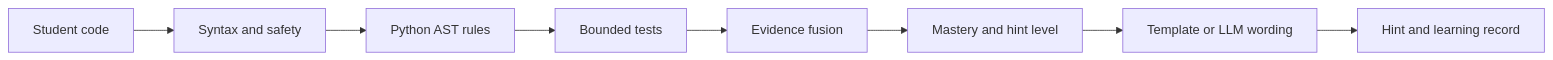
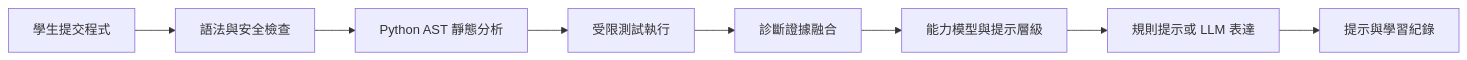
Before and after one commit to ColaChiang/pyhint-lab: the diagram in README.md, drawn with Mermaid. The commit also changed other lines of this file, not shown here.

````diff
--- a/README.md
+++ b/README.md
@@ -12,10 +7,10 @@
 ```mermaid
 flowchart LR
-    A[Student code] --> B[Syntax and safety]
-    B --> C[Python AST rules]
-    C --> D[Bounded tests]
-    D --> E[Evidence fusion]
-    E --> F[Mastery and hint level]
-    F --> G[Template or LLM wording]
-    G --> H[Hint and learning record]
+    A[學生提交程式] --> B[語法與安全檢查]
+    B --> C[Python AST 靜態分析]
+    C --> D[受限測試執行]
+    D --> E[診斷證據融合]
+    E --> F[能力模型與提示層級]
+    F --> G[規則提示或 LLM 表達]
+    G --> H[提示與學習紀錄]
 ```
````
